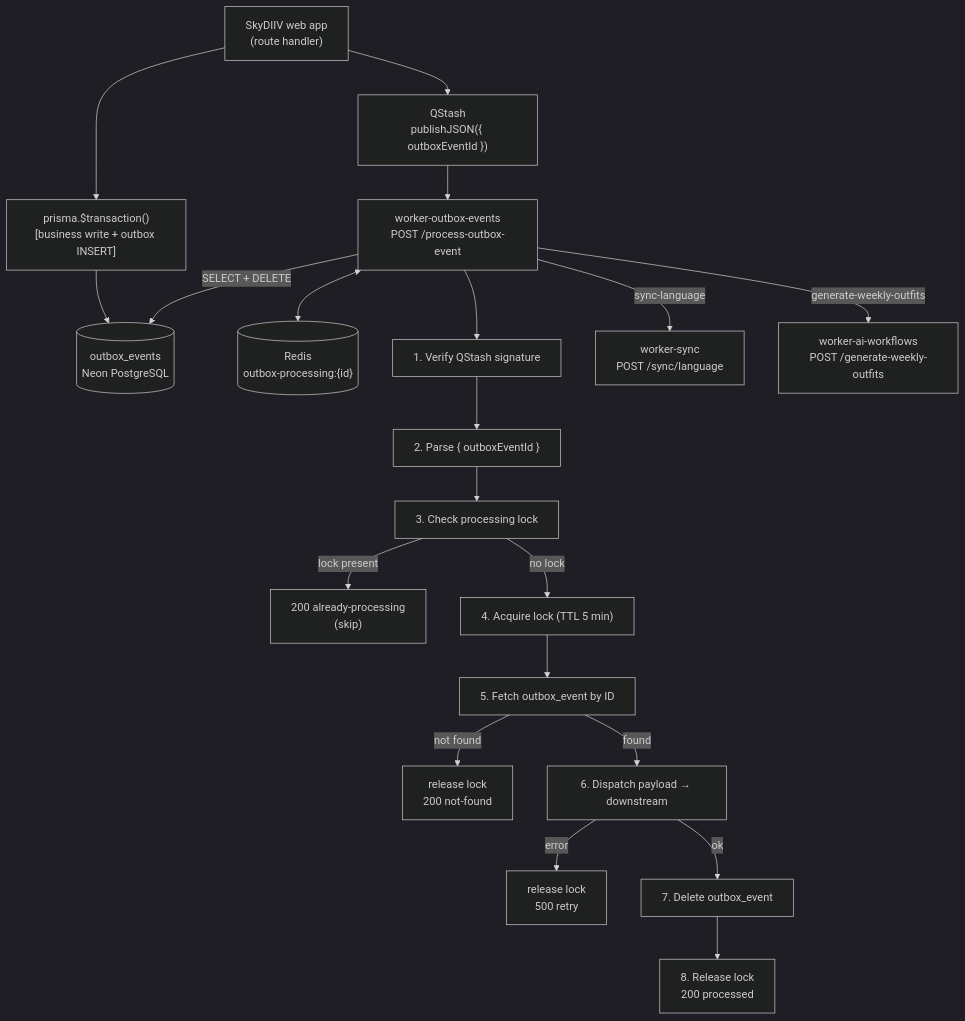
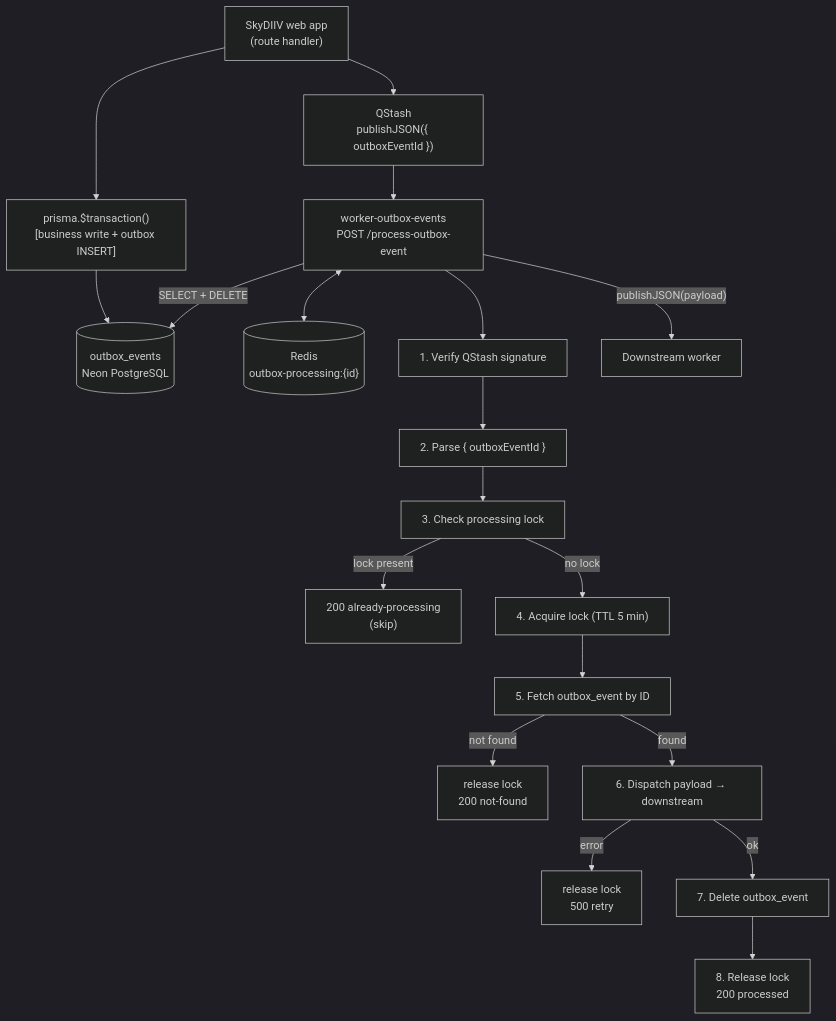
One commit to emmanuelviniciusdev/SkyDIIV--backstage changed the first of 2 diagrams in apps/worker-outbox-events/docs/PROCESS_OUTBOX_EVENT.md. Above: the diagram before and after it, drawn with Mermaid (dark theme). The commit also changed other lines of this file and 1 other file, not shown here.

````diff
--- a/apps/worker-outbox-events/docs/PROCESS_OUTBOX_EVENT.md
+++ b/apps/worker-outbox-events/docs/PROCESS_OUTBOX_EVENT.md
@@ -21,28 +21,27 @@
 ```mermaid
 graph TD
     WEB["SkyDIIV web app\n(route handler)"]
     TX["prisma.$transaction()\n[business write + outbox INSERT]"]
     DB[("outbox_events\nNeon PostgreSQL")]
     MQ["QStash\npublishJSON({ outboxEventId })"]
     WORKER["worker-outbox-events\nPOST /process-outbox-event"]
     REDIS[("Redis\noutbox-processing:{id}")]
 
     WORKER --> S1["1. Verify QStash signature"]
     S1 --> S2["2. Parse { outboxEventId }"]
     S2 --> S3["3. Check processing lock"]
     S3 -->|"lock present"| SKIP["200 already-processing\n(skip)"]
     S3 -->|"no lock"| S4["4. Acquire lock (TTL 5 min)"]
     S4 --> S5["5. Fetch outbox_event by ID"]
     S5 -->|"not found"| S5R["release lock\n200 not-found"]
     S5 -->|"found"| S6["6. Dispatch payload → downstream"]
     S6 -->|"error"| S6R["release lock\n500 retry"]
     S6 -->|"ok"| S7["7. Delete outbox_event"]
     S7 --> S8["8. Release lock\n200 processed"]
 
     WEB --> TX --> DB
     WEB --> MQ --> WORKER
     WORKER <--> REDIS
     WORKER -->|"SELECT + DELETE"| DB
-    WORKER -->|"sync-language"| SYNC["worker-sync\nPOST /sync/language"]
-    WORKER -->|"generate-weekly-outfits"| AI["worker-ai-workflows\nPOST /generate-weekly-outfits"]
+    WORKER -->|"publishJSON(payload)"| DS["Downstream worker"]
 ```
````
